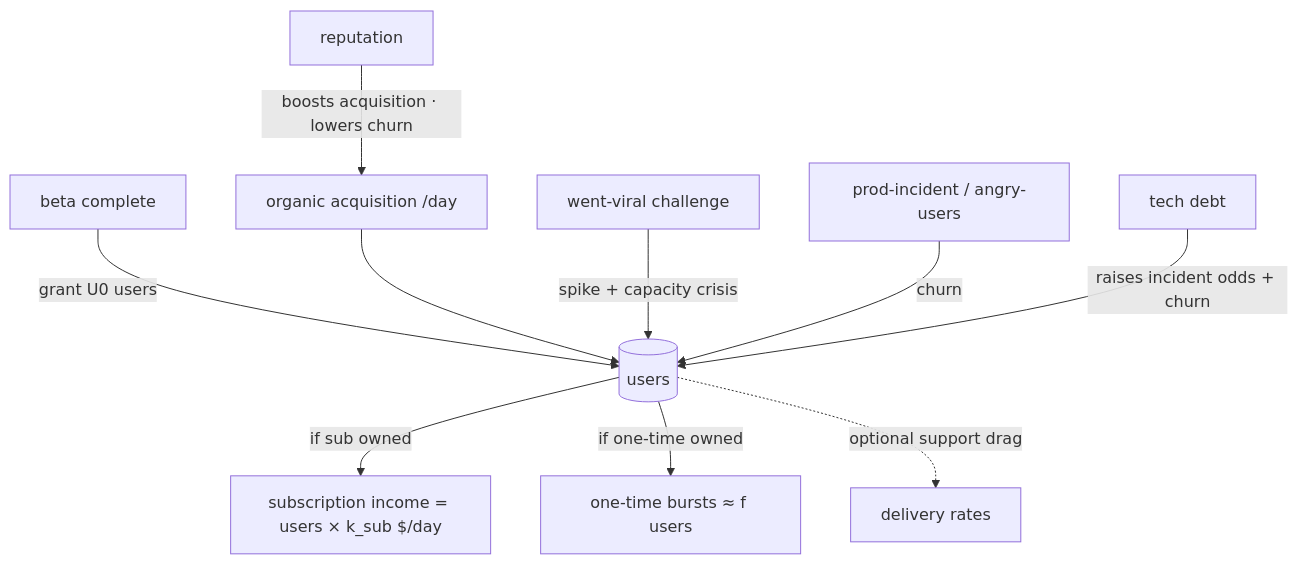
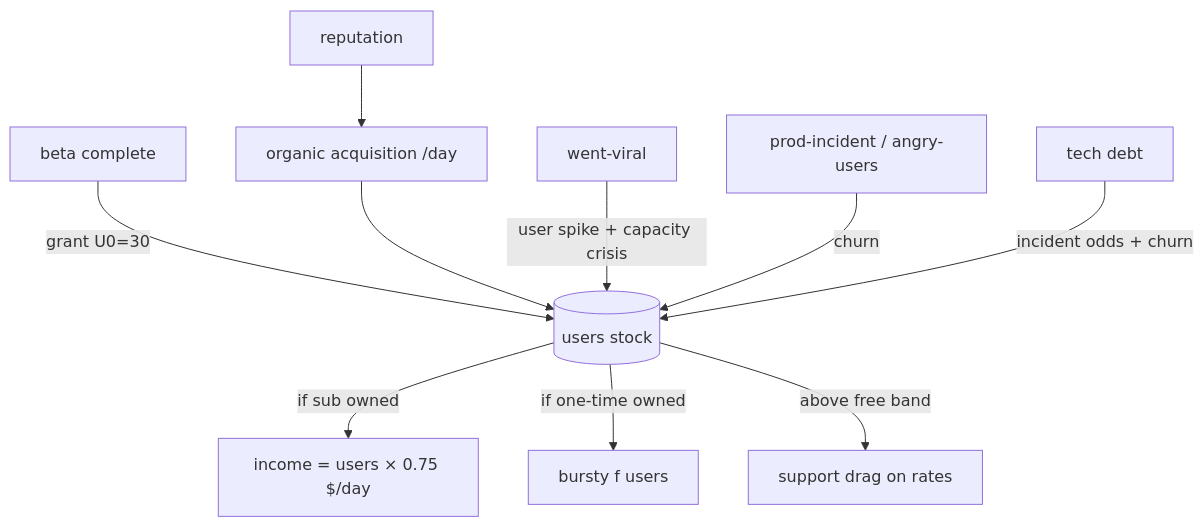
The fourth of 6 diagrams in docs/superpowers/specs/2026-08-11-p02-decision-graph-plan.md (anne-markis/software-factory-the-game), drawn with Mermaid before and after one commit. The commit also changed other lines of this file, not shown here.

First line of the commit message:
Lock Studio users monetization numbers and support drag.

````diff
--- a/docs/superpowers/specs/2026-08-11-p02-decision-graph-plan.md
+++ b/docs/superpowers/specs/2026-08-11-p02-decision-graph-plan.md
@@ -589,12 +608,12 @@
 ```mermaid
 flowchart TB
-  betaDone[beta complete] -->|grant U0 users| users[(users)]
+  betaDone[beta complete] -->|grant U0=30| users[(users stock)]
   organic[organic acquisition /day] --> users
-  viral[went-viral challenge] -->|spike + capacity crisis| users
-  users -->|if sub owned| sub["subscription income = users × k_sub $/day"]
-  users -->|if one-time owned| ot["one-time bursts ≈ f users"]
+  viral[went-viral] -->|user spike + capacity crisis| users
+  users -->|if sub owned| sub["income = users × 0.75 $/day"]
+  users -->|if one-time owned| ot["bursty f users"]
+  users -->|above free band| support[support drag on rates]
   incident[prod-incident / angry-users] -->|churn| users
-  debt[tech debt] -->|raises incident odds + churn| users
-  rep[reputation] -->|boosts acquisition · lowers churn| organic
-  users -.->|optional support drag| rates[delivery rates]
+  debt[tech debt] -->|incident odds + churn| users
+  rep[reputation] --> organic
 ```
````
